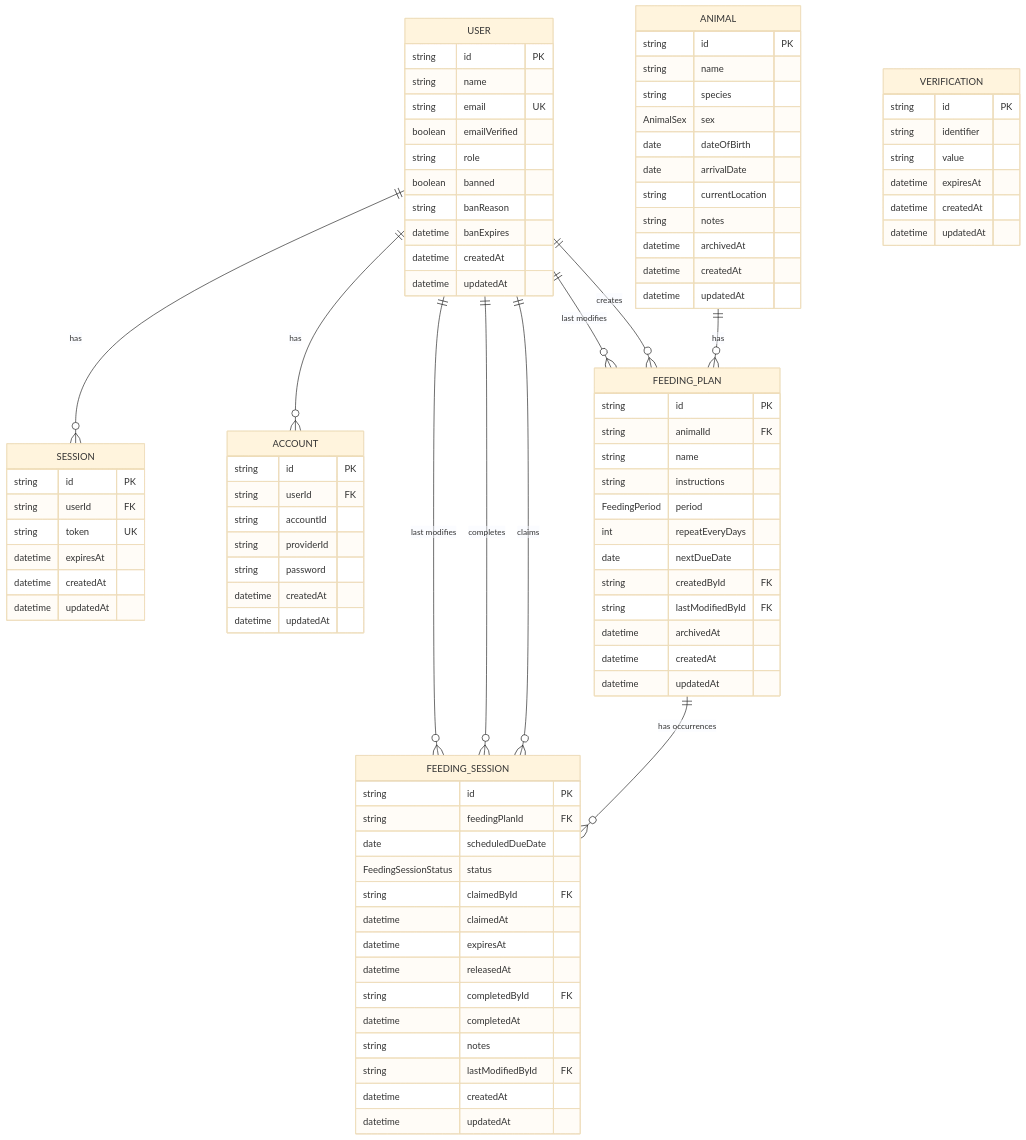
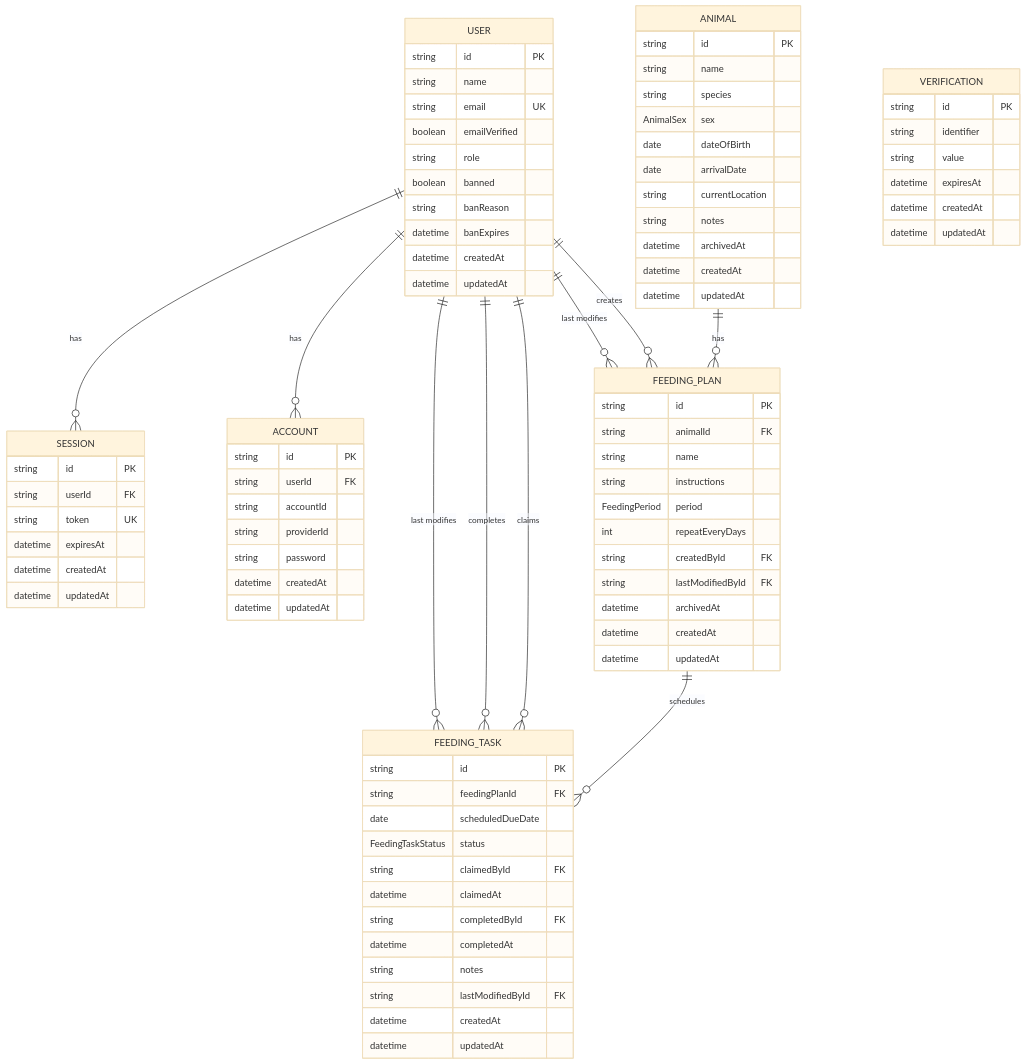
The diagram in specs/entity-relationship-model.md (Dkazarian/zootracker), drawn with Mermaid (base theme) before and after one commit. The commit also changed other lines of this file and 7 other files, not shown here.

Commit message:
specs(feeding-tasks): update plan and tasks specs

```diff
--- a/specs/entity-relationship-model.md
+++ b/specs/entity-relationship-model.md
@@ -26,10 +26,10 @@
     USER ||--o{ FEEDING_PLAN : "creates"
     USER ||--o{ FEEDING_PLAN : "last modifies"
 
-    FEEDING_PLAN ||--o{ FEEDING_SESSION : "has occurrences"
-    USER ||--o{ FEEDING_SESSION : "claims"
-    USER ||--o{ FEEDING_SESSION : "completes"
-    USER ||--o{ FEEDING_SESSION : "last modifies"
+    FEEDING_PLAN ||--o{ FEEDING_TASK : "schedules"
+    USER ||--o{ FEEDING_TASK : "claims"
+    USER ||--o{ FEEDING_TASK : "completes"
+    USER ||--o{ FEEDING_TASK : "last modifies"
 
     USER {
         string id PK
@@ -93,7 +93,6 @@
         string instructions
         FeedingPeriod period
         int repeatEveryDays
-        date nextDueDate
         string createdById FK
         string lastModifiedById FK
         datetime archivedAt
@@ -101,15 +100,13 @@
         datetime updatedAt
     }
 
-    FEEDING_SESSION {
+    FEEDING_TASK {
         string id PK
         string feedingPlanId FK
         date scheduledDueDate
-        FeedingSessionStatus status
+        FeedingTaskStatus status
         string claimedById FK
         datetime claimedAt
-        datetime expiresAt
-        datetime releasedAt
         string completedById FK
         datetime completedAt
         string notes
```
